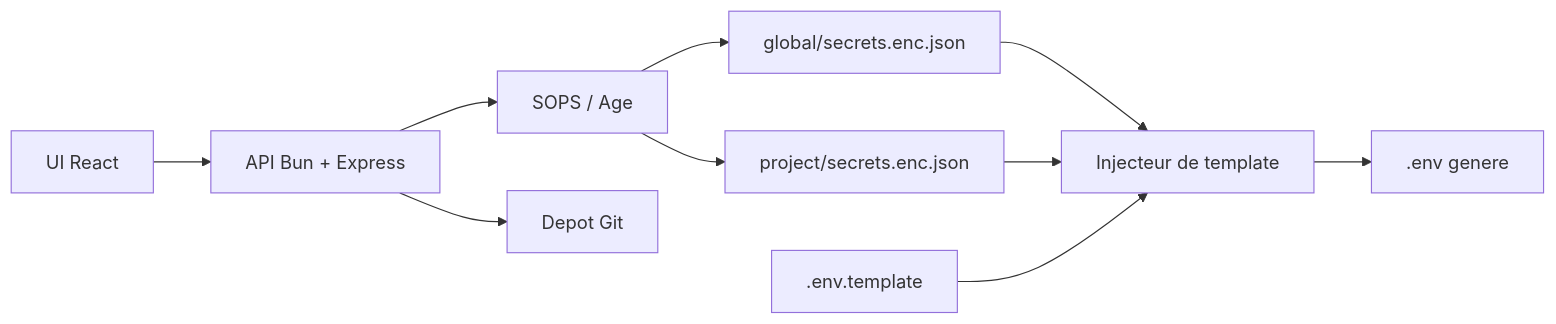
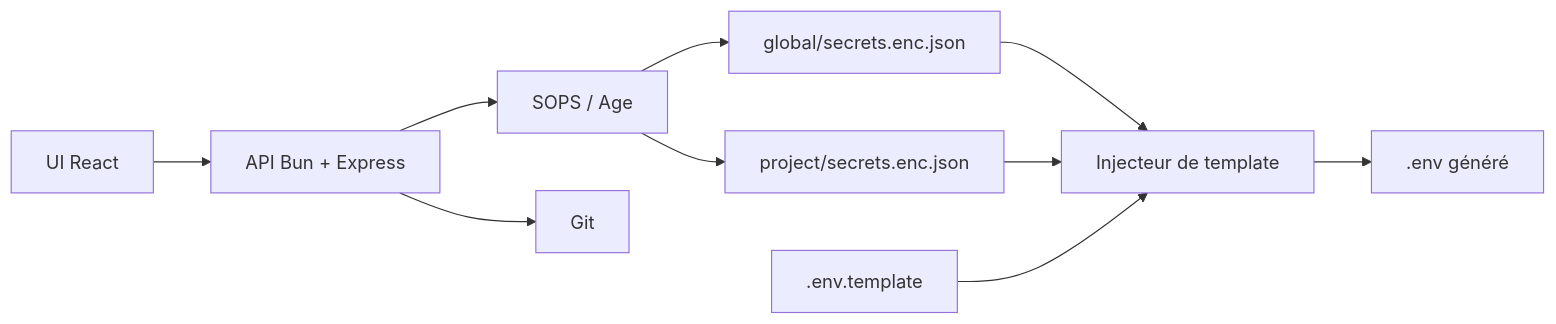
One commit to Sofian-bll/Rage-UI changed the diagram in README.fr.md. Above: the diagram before and after it, drawn with Mermaid. The commit also changed other lines of this file and 2 other files, not shown here.

````diff
--- a/README.fr.md
+++ b/README.fr.md
@@ -50,12 +25,12 @@
 ```mermaid
 graph LR
     UI[UI React] --> API[API Bun + Express]
     API --> SOPS[SOPS / Age]
-    API --> Git[Depot Git]
+    API --> Git[Git]
     SOPS --> Global[global/secrets.enc.json]
     SOPS --> Project[project/secrets.enc.json]
-    Global --> Injector[Injecteur de template]
-    Project --> Injector
-    Template[.env.template] --> Injector
-    Injector --> Env[.env genere]
+    Global --> Inject[Injecteur de template]
+    Project --> Inject
+    Template[.env.template] --> Inject
+    Inject --> Env[.env généré]
 ```
````
